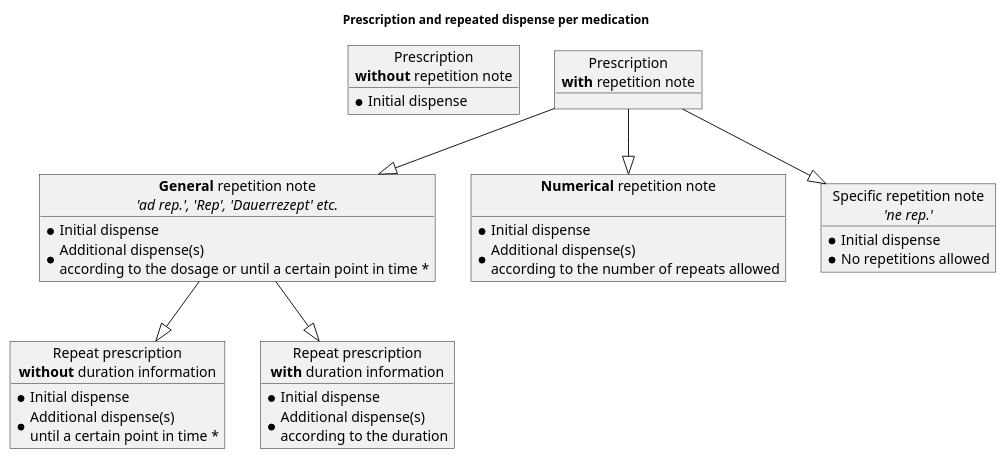
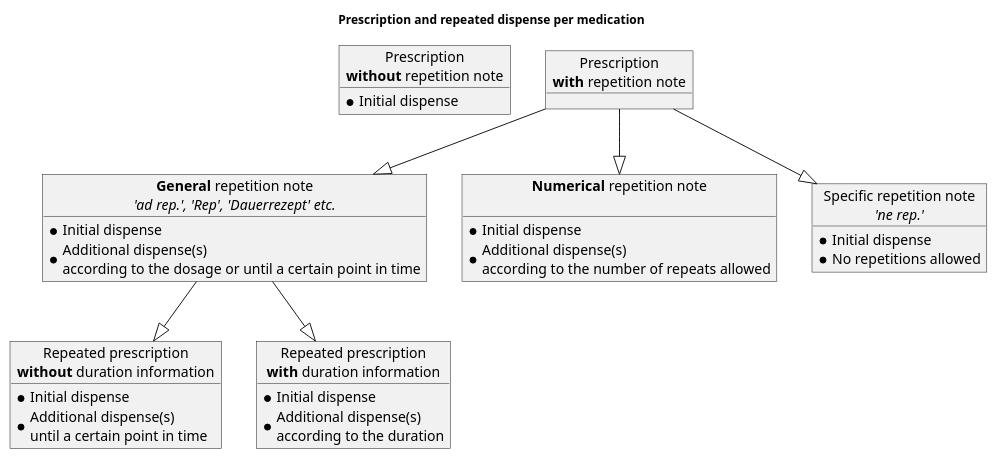
Before and after one commit to hl7ch/ch-emed: the diagram in input/images-source/repeated-dispense.plantuml, drawn with PlantUML. The commit also changed 1 other file, not shown here.

Commit message:
update repeated dispense

```diff
--- a/input/images-source/repeated-dispense.plantuml
+++ b/input/images-source/repeated-dispense.plantuml
@@ -1,52 +1,52 @@
 @startuml
 
 skinparam svgDimensionStyle false
 
 title Prescription and repeated dispense per medication
 skinparam titleFontSize 12
 
 object "Prescription\n**without** repetition note" as withoutnote {
   * Initial dispense
 }
 
 
 object "Prescription\n**with** repetition note" as withnote {
   
 }
 
 object "**General** repetition note\n//'ad rep.', 'Rep', 'Dauerrezept' etc.//" as general {
   * Initial dispense
-  * Additional dispense(s)\naccording to the dosage or until a certain point in time *
+  * Additional dispense(s)\naccording to the dosage or until a certain point in time
 }
 
 object "**Numerical** repetition note\n " as numerical {
   * Initial dispense
   * Additional dispense(s)\naccording to the number of repeats allowed
 }
 
 object "Specific repetition note\n//'ne rep.'//" as none {
   * Initial dispense
   * No repetitions allowed
 }
 
 
 
-object "Repeat prescription\n**without** duration information" as repeatwithduration {
+object "Repeated prescription\n**without** duration information" as repeatwithduration {
   * Initial dispense
-  * Additional dispense(s)\nuntil a certain point in time *
+  * Additional dispense(s)\nuntil a certain point in time
 }
 
-object "Repeat prescription\n**with** duration information" as repeatwithoutduration {
+object "Repeated prescription\n**with** duration information" as repeatwithoutduration {
   * Initial dispense
   * Additional dispense(s)\naccording to the duration
 }
 
 
 withnote --|> numerical
 withnote --|> general
 withnote --|> none
 
 general --|> repeatwithduration
 general --|> repeatwithoutduration
 
 @enduml
```
